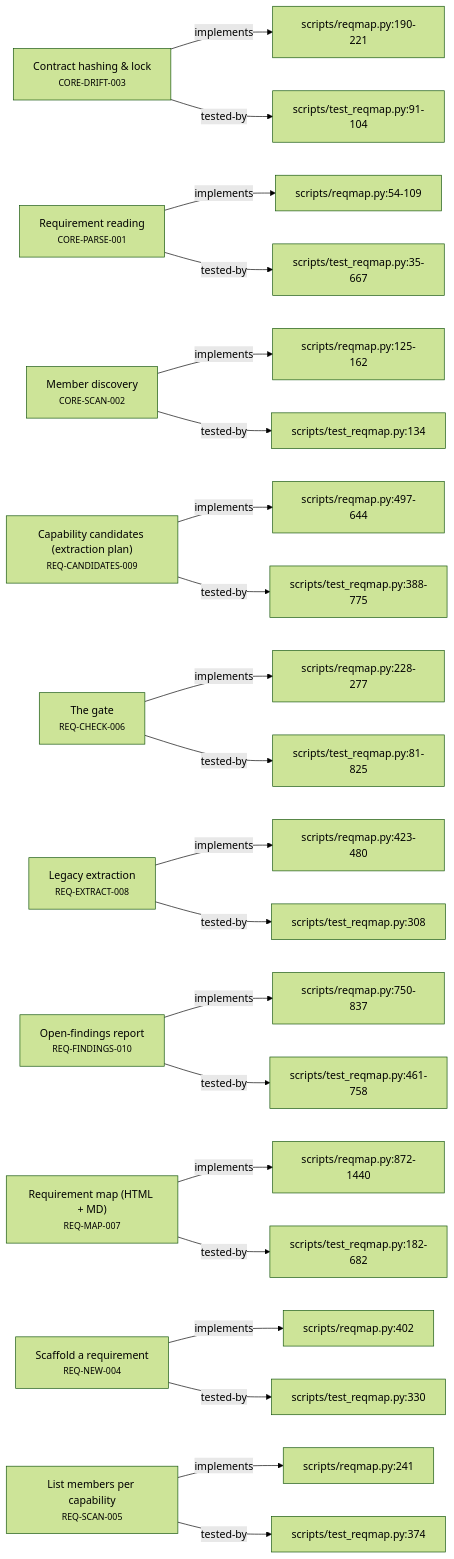
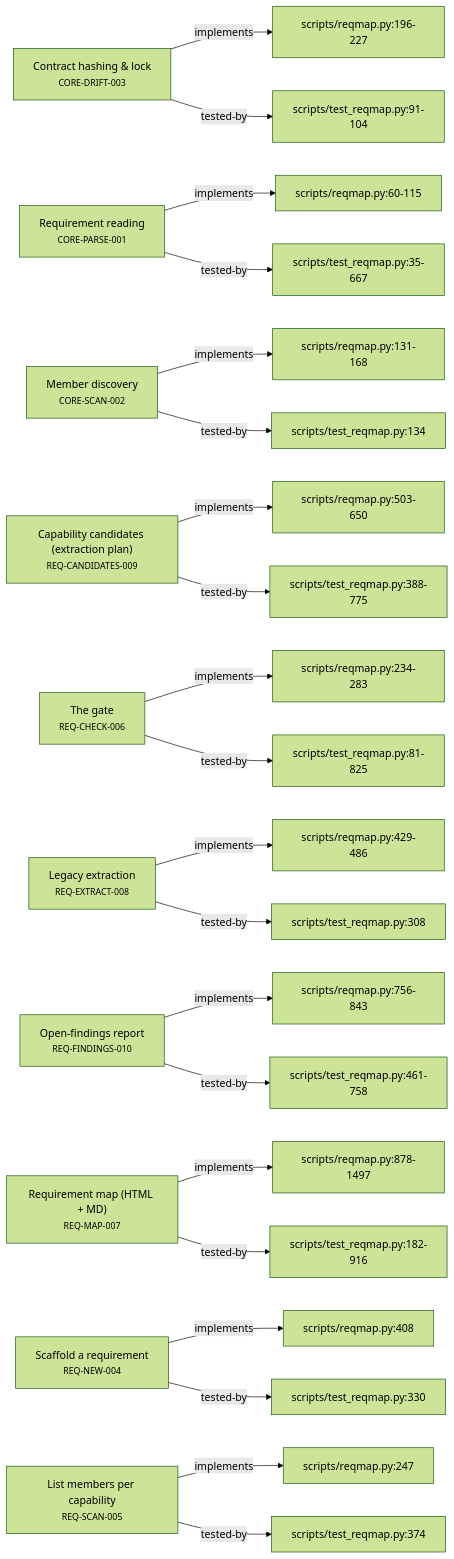
Before and after one commit to alxmax/Requirement-manager: the second of 4 diagrams in plugin/requirements/_map.md, drawn with Mermaid (forest theme). The commit also changed other lines of this file and 5 other files, not shown here.

````diff
--- a/plugin/requirements/_map.md
+++ b/plugin/requirements/_map.md
@@ -38,53 +38,53 @@
 ```mermaid
 graph LR
   CORE_DRIFT_003["Contract hashing & lock<br><small>CORE-DRIFT-003</small>"]
-  f_scripts_reqmap_py_190_221["scripts/reqmap.py:190-221"]
-  CORE_DRIFT_003 -->|implements| f_scripts_reqmap_py_190_221
+  f_scripts_reqmap_py_196_227["scripts/reqmap.py:196-227"]
+  CORE_DRIFT_003 -->|implements| f_scripts_reqmap_py_196_227
   f_scripts_test_reqmap_py_91_104["scripts/test_reqmap.py:91-104"]
   CORE_DRIFT_003 -->|tested-by| f_scripts_test_reqmap_py_91_104
   CORE_PARSE_001["Requirement reading<br><small>CORE-PARSE-001</small>"]
-  f_scripts_reqmap_py_54_109["scripts/reqmap.py:54-109"]
-  CORE_PARSE_001 -->|implements| f_scripts_reqmap_py_54_109
+  f_scripts_reqmap_py_60_115["scripts/reqmap.py:60-115"]
+  CORE_PARSE_001 -->|implements| f_scripts_reqmap_py_60_115
   f_scripts_test_reqmap_py_35_667["scripts/test_reqmap.py:35-667"]
   CORE_PARSE_001 -->|tested-by| f_scripts_test_reqmap_py_35_667
   CORE_SCAN_002["Member discovery<br><small>CORE-SCAN-002</small>"]
-  f_scripts_reqmap_py_125_162["scripts/reqmap.py:125-162"]
-  CORE_SCAN_002 -->|implements| f_scripts_reqmap_py_125_162
+  f_scripts_reqmap_py_131_168["scripts/reqmap.py:131-168"]
+  CORE_SCAN_002 -->|implements| f_scripts_reqmap_py_131_168
   f_scripts_test_reqmap_py_134["scripts/test_reqmap.py:134"]
   CORE_SCAN_002 -->|tested-by| f_scripts_test_reqmap_py_134
   REQ_CANDIDATES_009["Capability candidates (extraction plan)<br><small>REQ-CANDIDATES-009</small>"]
-  f_scripts_reqmap_py_497_644["scripts/reqmap.py:497-644"]
-  REQ_CANDIDATES_009 -->|implements| f_scripts_reqmap_py_497_644
+  f_scripts_reqmap_py_503_650["scripts/reqmap.py:503-650"]
+  REQ_CANDIDATES_009 -->|implements| f_scripts_reqmap_py_503_650
   f_scripts_test_reqmap_py_388_775["scripts/test_reqmap.py:388-775"]
   REQ_CANDIDATES_009 -->|tested-by| f_scripts_test_reqmap_py_388_775
   REQ_CHECK_006["The gate<br><small>REQ-CHECK-006</small>"]
-  f_scripts_reqmap_py_228_277["scripts/reqmap.py:228-277"]
-  REQ_CHECK_006 -->|implements| f_scripts_reqmap_py_228_277
+  f_scripts_reqmap_py_234_283["scripts/reqmap.py:234-283"]
+  REQ_CHECK_006 -->|implements| f_scripts_reqmap_py_234_283
   f_scripts_test_reqmap_py_81_825["scripts/test_reqmap.py:81-825"]
   REQ_CHECK_006 -->|tested-by| f_scripts_test_reqmap_py_81_825
   REQ_EXTRACT_008["Legacy extraction<br><small>REQ-EXTRACT-008</small>"]
-  f_scripts_reqmap_py_423_480["scripts/reqmap.py:423-480"]
-  REQ_EXTRACT_008 -->|implements| f_scripts_reqmap_py_423_480
+  f_scripts_reqmap_py_429_486["scripts/reqmap.py:429-486"]
+  REQ_EXTRACT_008 -->|implements| f_scripts_reqmap_py_429_486
   f_scripts_test_reqmap_py_308["scripts/test_reqmap.py:308"]
   REQ_EXTRACT_008 -->|tested-by| f_scripts_test_reqmap_py_308
   REQ_FINDINGS_010["Open-findings report<br><small>REQ-FINDINGS-010</small>"]
-  f_scripts_reqmap_py_750_837["scripts/reqmap.py:750-837"]
-  REQ_FINDINGS_010 -->|implements| f_scripts_reqmap_py_750_837
+  f_scripts_reqmap_py_756_843["scripts/reqmap.py:756-843"]
+  REQ_FINDINGS_010 -->|implements| f_scripts_reqmap_py_756_843
   f_scripts_test_reqmap_py_461_758["scripts/test_reqmap.py:461-758"]
   REQ_FINDINGS_010 -->|tested-by| f_scripts_test_reqmap_py_461_758
   REQ_MAP_007["Requirement map (HTML + MD)<br><small>REQ-MAP-007</small>"]
-  f_scripts_reqmap_py_872_1440["scripts/reqmap.py:872-1440"]
-  REQ_MAP_007 -->|implements| f_scripts_reqmap_py_872_1440
-  f_scripts_test_reqmap_py_182_682["scripts/test_reqmap.py:182-682"]
-  REQ_MAP_007 -->|tested-by| f_scripts_test_reqmap_py_182_682
+  f_scripts_reqmap_py_878_1497["scripts/reqmap.py:878-1497"]
+  REQ_MAP_007 -->|implements| f_scripts_reqmap_py_878_1497
+  f_scripts_test_reqmap_py_182_916["scripts/test_reqmap.py:182-916"]
+  REQ_MAP_007 -->|tested-by| f_scripts_test_reqmap_py_182_916
   REQ_NEW_004["Scaffold a requirement<br><small>REQ-NEW-004</small>"]
-  f_scripts_reqmap_py_402["scripts/reqmap.py:402"]
-  REQ_NEW_004 -->|implements| f_scripts_reqmap_py_402
+  f_scripts_reqmap_py_408["scripts/reqmap.py:408"]
+  REQ_NEW_004 -->|implements| f_scripts_reqmap_py_408
   f_scripts_test_reqmap_py_330["scripts/test_reqmap.py:330"]
   REQ_NEW_004 -->|tested-by| f_scripts_test_reqmap_py_330
   REQ_SCAN_005["List members per capability<br><small>REQ-SCAN-005</small>"]
-  f_scripts_reqmap_py_241["scripts/reqmap.py:241"]
-  REQ_SCAN_005 -->|implements| f_scripts_reqmap_py_241
+  f_scripts_reqmap_py_247["scripts/reqmap.py:247"]
+  REQ_SCAN_005 -->|implements| f_scripts_reqmap_py_247
   f_scripts_test_reqmap_py_374["scripts/test_reqmap.py:374"]
   REQ_SCAN_005 -->|tested-by| f_scripts_test_reqmap_py_374
 ```
````
